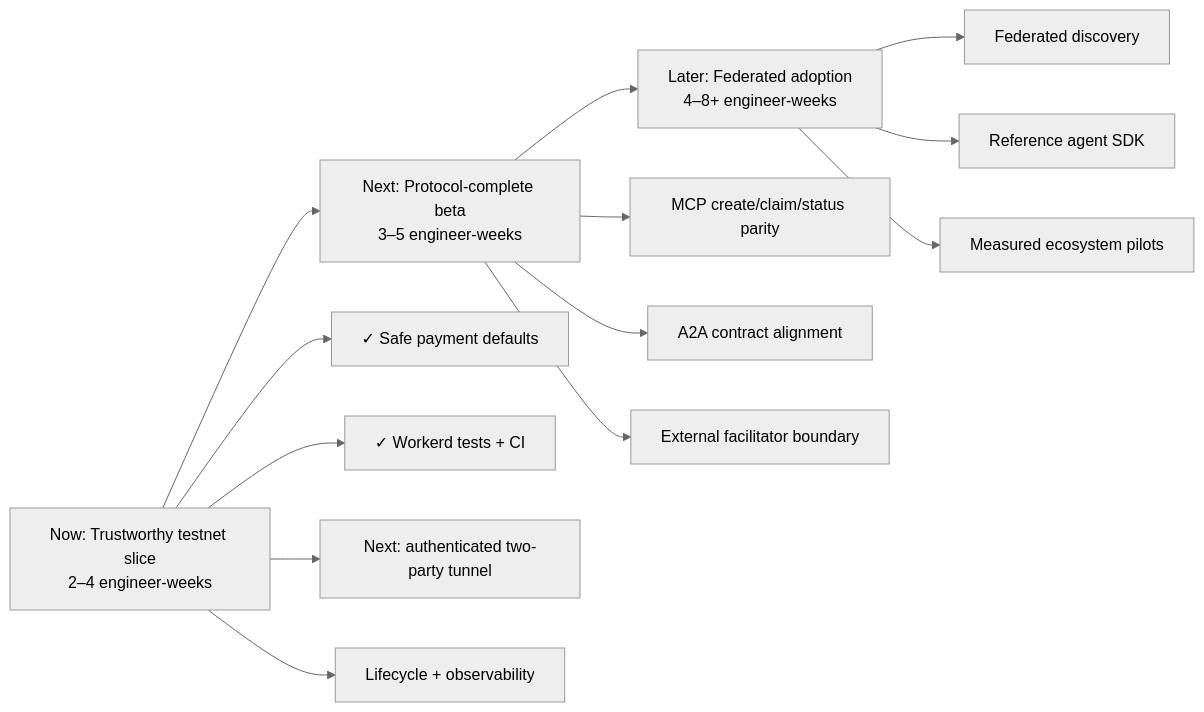
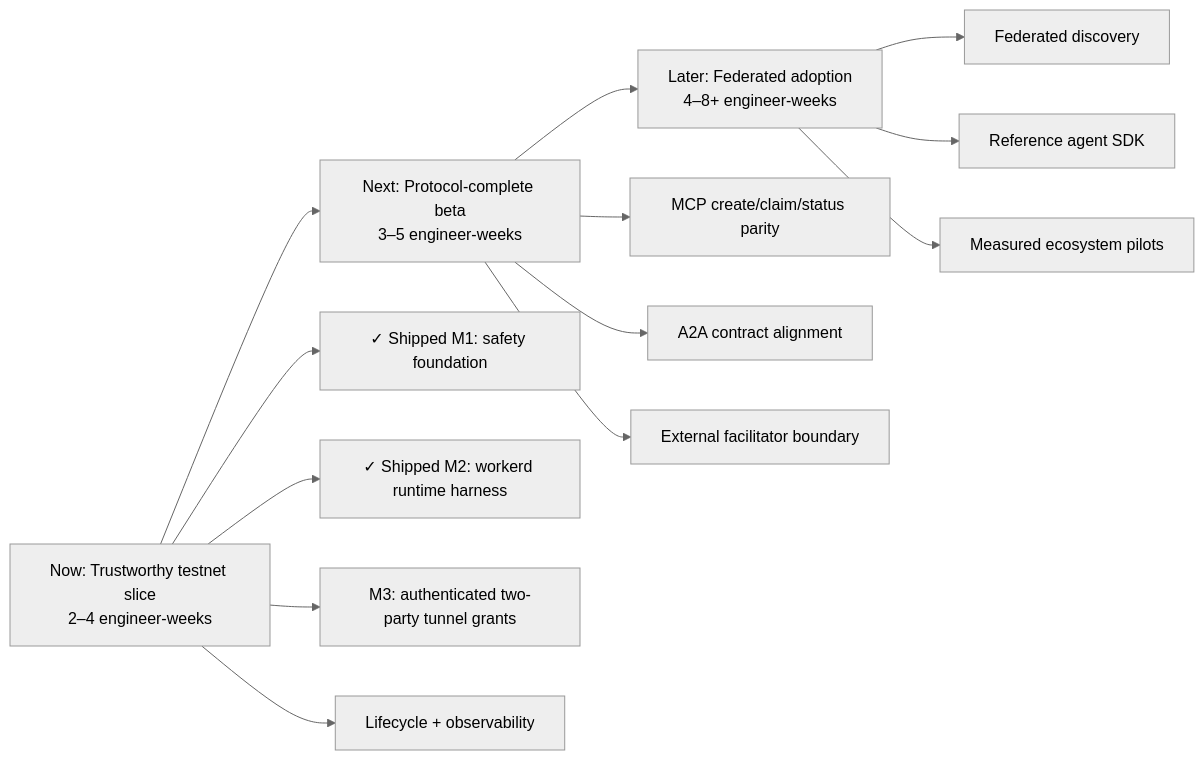
The diagram in ROADMAP.md (mystic-io/automata.board), drawn with Mermaid (neutral theme) before and after one commit. The commit also changed other lines of this file, not shown here.

Commit message:
docs: mark milestones 1 and 2 shipped

````diff
--- a/ROADMAP.md
+++ b/ROADMAP.md
@@ -14,18 +14,18 @@
 ```mermaid
 flowchart LR
   A["Now: Trustworthy testnet slice\n2–4 engineer-weeks"] --> B["Next: Protocol-complete beta\n3–5 engineer-weeks"]
   B --> C["Later: Federated adoption\n4–8+ engineer-weeks"]
 
-  A --> A1["✓ Safe payment defaults"]
-  A --> A2["✓ Workerd tests + CI"]
-  A --> A3["Next: authenticated two-party tunnel"]
+  A --> A1["✓ Shipped M1: safety foundation"]
+  A --> A2["✓ Shipped M2: workerd runtime harness"]
+  A --> A3["M3: authenticated two-party tunnel grants"]
   A --> A4["Lifecycle + observability"]
 
   B --> B1["MCP create/claim/status parity"]
   B --> B2["A2A contract alignment"]
   B --> B3["External facilitator boundary"]
 
   C --> C1["Federated discovery"]
   C --> C2["Reference agent SDK"]
   C --> C3["Measured ecosystem pilots"]
 ```
````
